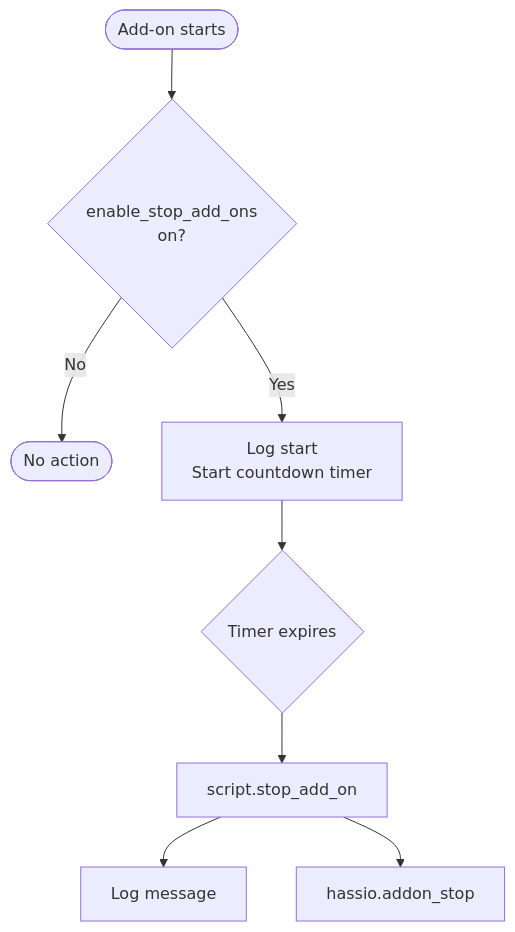
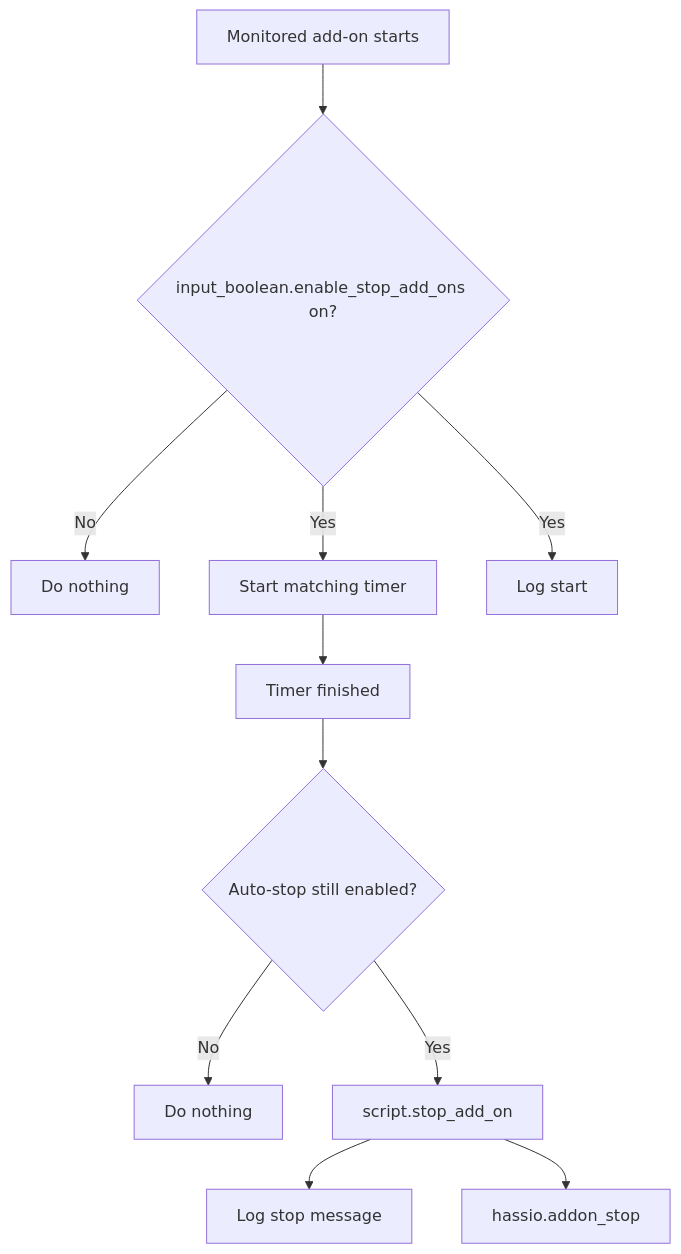
The diagram in packages/integrations/supervisor_README.md (dannytsang/homeassistant-config), drawn with Mermaid before and after one commit. The commit also changed other lines of this file and 60 other files, not shown here.

````diff
--- a/packages/integrations/supervisor_README.md
+++ b/packages/integrations/supervisor_README.md
@@ -15,10 +26,13 @@
 ```mermaid
 flowchart TD
-    A([Add-on starts]) --> B{enable_stop_add_ons\non?}
-    B -- No --> Z([No action])
-    B -- Yes --> C[Log start\nStart countdown timer]
-    C --> D{Timer expires}
-    D --> E[script.stop_add_on]
-    E --> F[Log message]
-    E --> G[hassio.addon_stop]
+    Addon[Monitored add-on starts] --> Enabled{input_boolean.enable_stop_add_ons on?}
+    Enabled -->|No| Ignore[Do nothing]
+    Enabled -->|Yes| Timer[Start matching timer]
+    Enabled -->|Yes| LogStart[Log start]
+    Timer --> Finished[Timer finished]
+    Finished --> StillEnabled{Auto-stop still enabled?}
+    StillEnabled -->|No| Stop[Do nothing]
+    StillEnabled -->|Yes| Script[script.stop_add_on]
+    Script --> LogStop[Log stop message]
+    Script --> Hassio[hassio.addon_stop]
 ```
````
